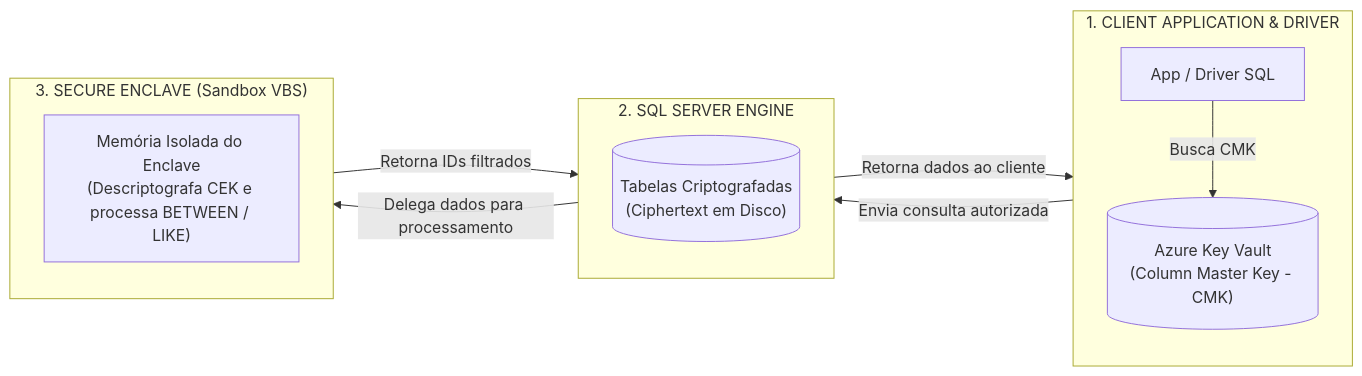
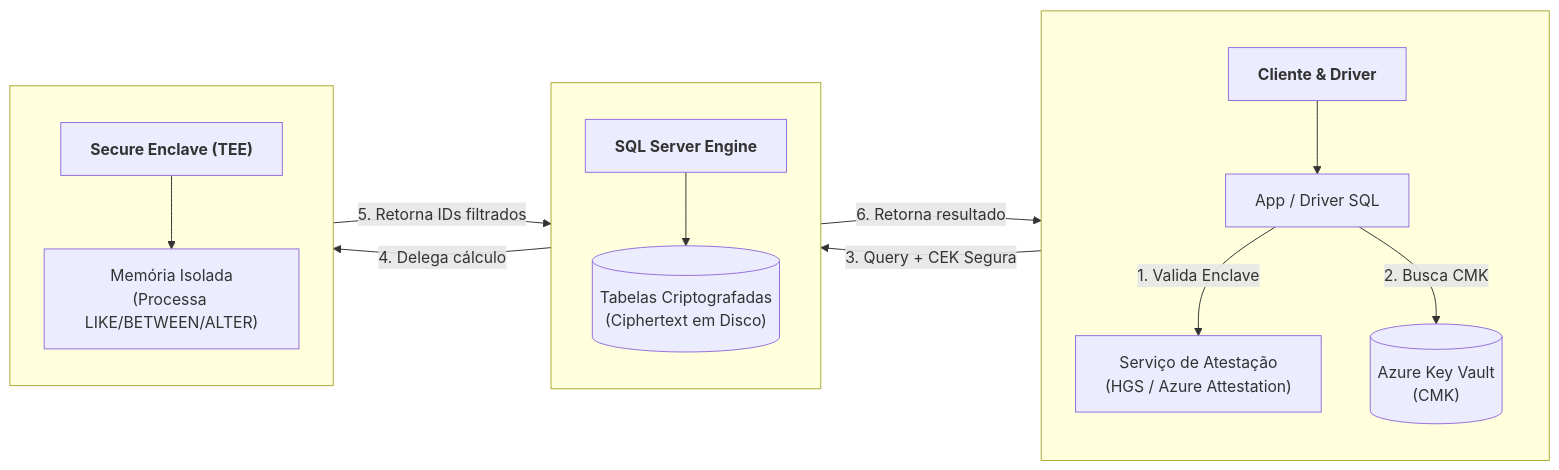
The first of 2 diagrams in i18n/pt-BR/certification/05-data-security-compliance/01-encryption.md (jucelinoss/dp-800-study-guide), drawn with Mermaid before and after one commit. The commit also changed other lines of this file and 3 other files, not shown here.

````diff
--- a/i18n/pt-BR/certification/05-data-security-compliance/01-encryption.md
+++ b/i18n/pt-BR/certification/05-data-security-compliance/01-encryption.md
@@ -209,24 +257,32 @@
 ```mermaid
 flowchart LR
-    subgraph CLIENT ["1. CLIENT APPLICATION & DRIVER"]
+    subgraph CLIENT[" "]
         direction TB
+        T1["<b>Cliente & Driver</b>"]
         APP["App / Driver SQL"]
-        AKV[("Azure Key Vault<br/>(Column Master Key - CMK)")]
-        APP -->|Busca CMK| AKV
+        AKV[("Azure Key Vault<br/>(CMK)")]
+        ATT["Serviço de Atestação<br/>(HGS / Azure Attestation)"]
+        T1 --> APP
+        APP -->|"1. Valida Enclave"| ATT
+        APP -->|"2. Busca CMK"| AKV
     end
 
-    subgraph ENGINE ["2. SQL SERVER ENGINE"]
+    subgraph ENGINE[" "]
         direction TB
+        T2["<b>SQL Server Engine</b>"]
         STORAGE[("Tabelas Criptografadas<br/>(Ciphertext em Disco)")]
+        T2 --> STORAGE
     end
 
-    subgraph ENCLAVE ["3. SECURE ENCLAVE (Sandbox VBS)"]
+    subgraph ENCLAVE[" "]
         direction TB
-        MEM["Memória Isolada do Enclave<br/>(Descriptografa CEK e processa BETWEEN / LIKE)"]
+        T3["<b>Secure Enclave (TEE)</b>"]
+        MEM["Memória Isolada<br/>(Processa LIKE/BETWEEN/ALTER)"]
+        T3 --> MEM
     end
 
-    CLIENT -->|Envia consulta autorizada| ENGINE
-    ENGINE -->|Delega dados para processamento| ENCLAVE
-    ENCLAVE -->|Retorna IDs filtrados| ENGINE
-    ENGINE -->|Retorna dados ao cliente| CLIENT
+    CLIENT -->|"3. Query + CEK Segura"| ENGINE
+    ENGINE -->|"4. Delega cálculo"| ENCLAVE
+    ENCLAVE -->|"5. Retorna IDs filtrados"| ENGINE
+    ENGINE -->|"6. Retorna resultado"| CLIENT
 ```
````
